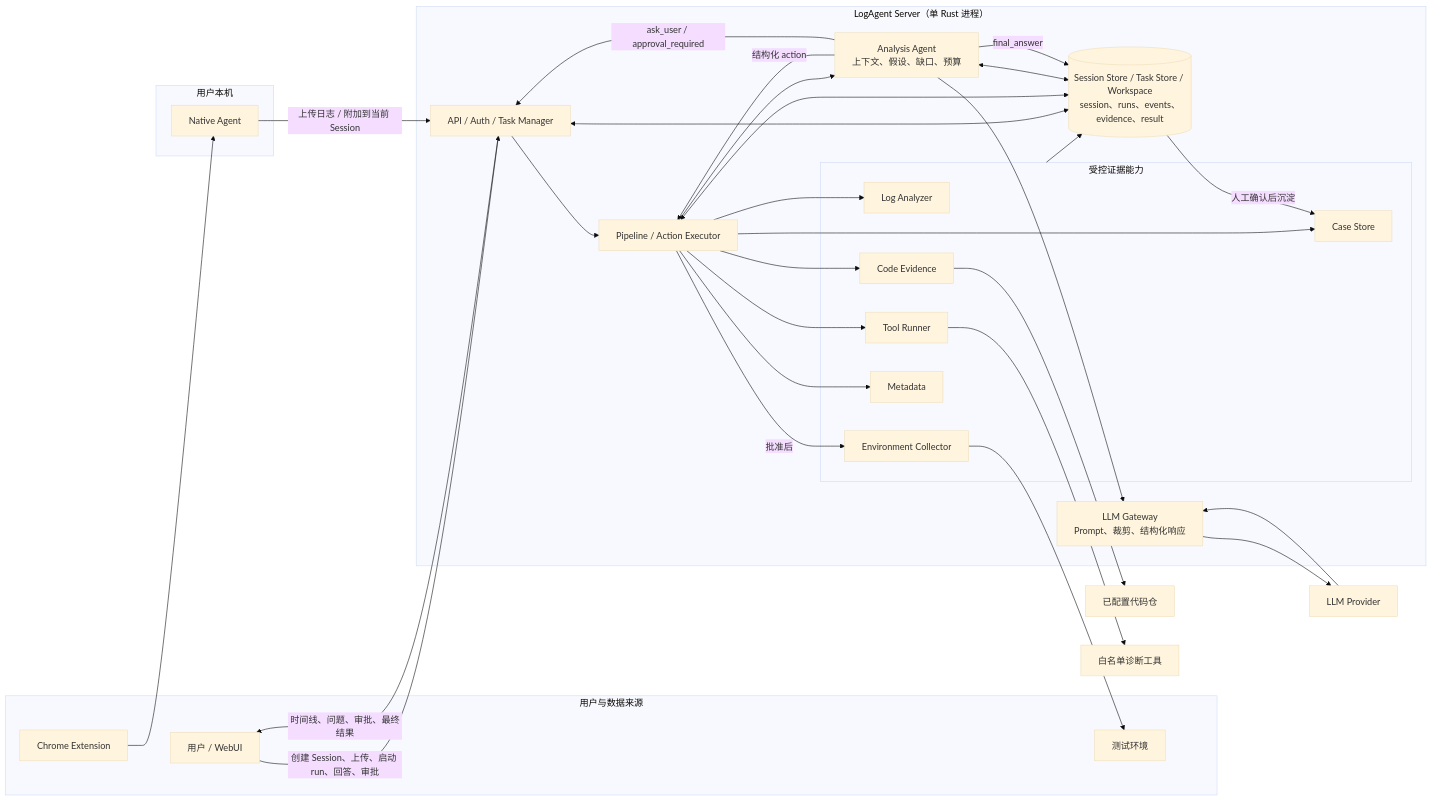
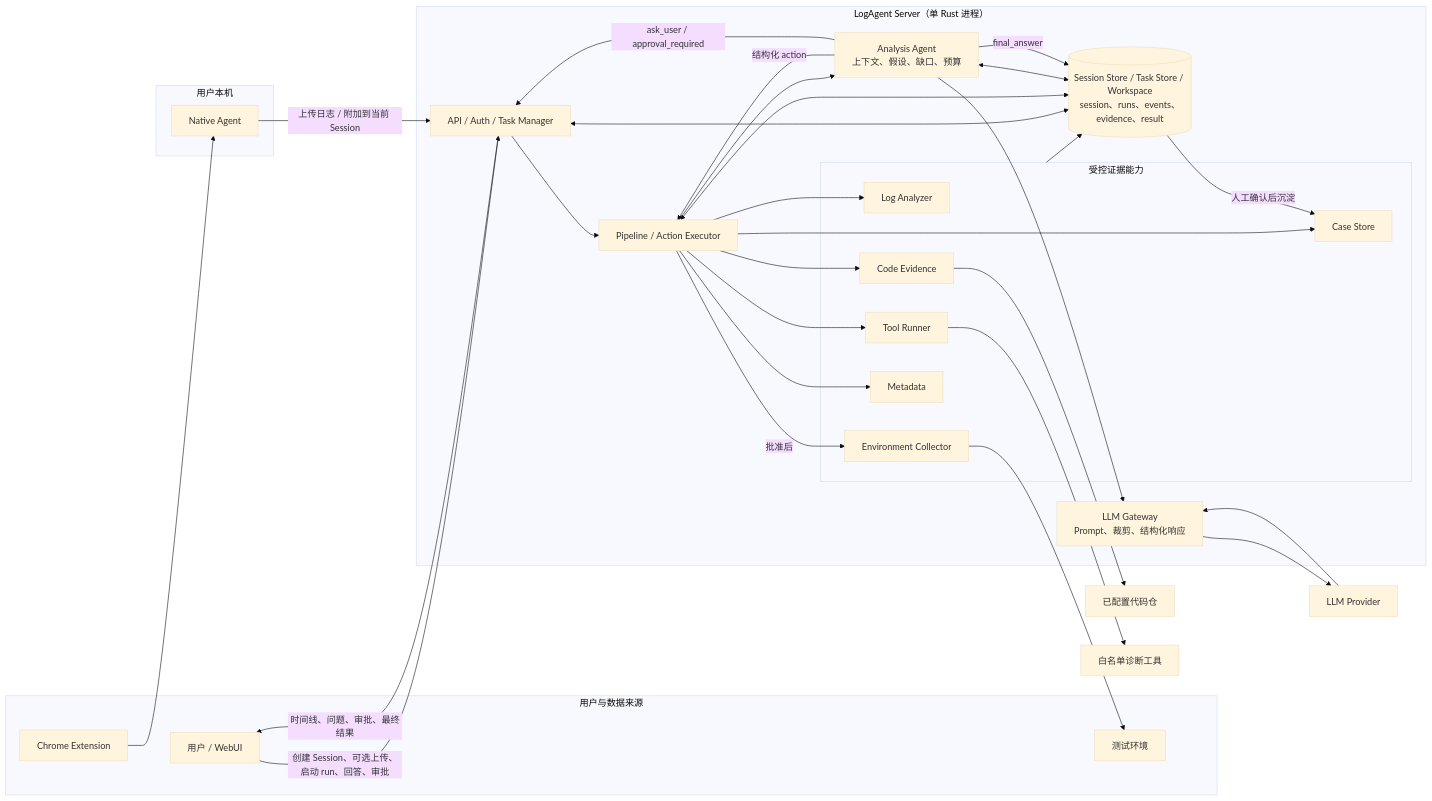
One commit to zhiwangdu/prd_assistant changed the diagram in README.md. Above: the diagram before and after it, drawn with Mermaid (base theme). The commit also changed other lines of this file and 15 other files, not shown here.

````diff
--- a/README.md
+++ b/README.md
@@ -57,65 +57,65 @@
 ```mermaid
 flowchart LR
     subgraph Inputs["用户与数据来源"]
         User["用户 / WebUI"]
         Chrome["Chrome Extension"]
         TestEnv["测试环境"]
     end
 
     subgraph Local["用户本机"]
         Native["Native Agent"]
     end
 
     subgraph ServerBoundary["LogAgent Server（单 Rust 进程）"]
         API["API / Auth / Task Manager"]
         Orchestrator["Pipeline / Action Executor"]
         Agent["Analysis Agent<br/>上下文、假设、缺口、预算"]
         Gateway["LLM Gateway<br/>Prompt、裁剪、结构化响应"]
 
         subgraph Evidence["受控证据能力"]
             Log["Log Analyzer"]
             Tool["Tool Runner"]
             Code["Code Evidence"]
             Env["Environment Collector"]
             Meta["Metadata"]
             Cases["Case Store"]
         end
 
         Store[("Session Store / Task Store / Workspace<br/>session、runs、events、evidence、result")]
     end
 
     Model["LLM Provider"]
     Repos["已配置代码仓"]
     Tools["白名单诊断工具"]
 
     Chrome --> Native
     Native -->|"上传日志 / 附加到当前 Session"| API
-    User -->|"创建 Session、上传、启动 run、回答、审批"| API
+    User -->|"创建 Session、可选上传、启动 run、回答、审批"| API
     API --> Orchestrator
     Orchestrator --> Agent
     Agent -->|"结构化 action"| Orchestrator
     Agent --> Gateway
     Gateway --> Model
     Model --> Gateway
 
     Orchestrator --> Log
     Orchestrator --> Tool
     Orchestrator --> Code
     Orchestrator -->|"批准后"| Env
     Orchestrator --> Meta
     Orchestrator --> Cases
 
     Tool --> Tools
     Code --> Repos
     Env --> TestEnv
 
     API <--> Store
     Orchestrator <--> Store
     Agent <--> Store
     Evidence --> Store
 
     Agent -->|"ask_user / approval_required"| API
     API -->|"时间线、问题、审批、最终结果"| User
     Agent -->|"final_answer"| Store
     Store -->|"人工确认后沉淀"| Cases
 ```
````
